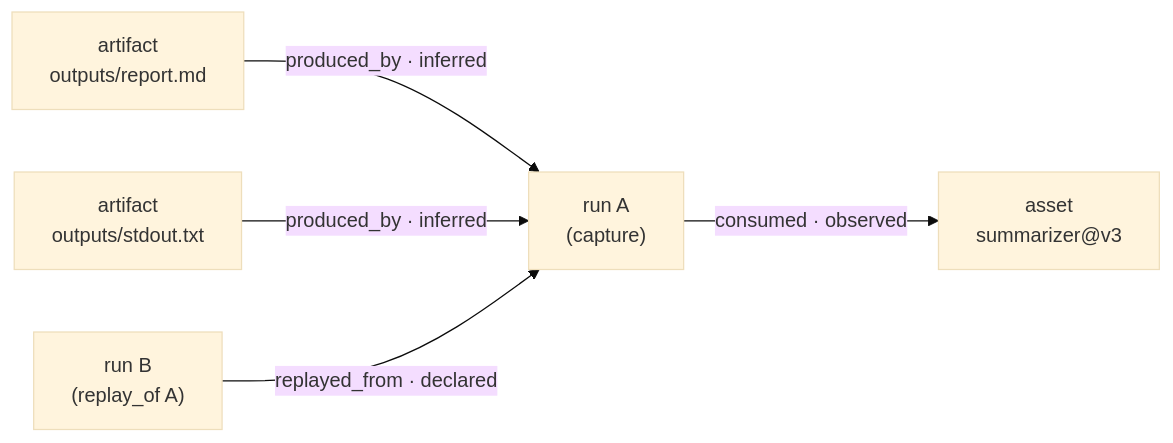
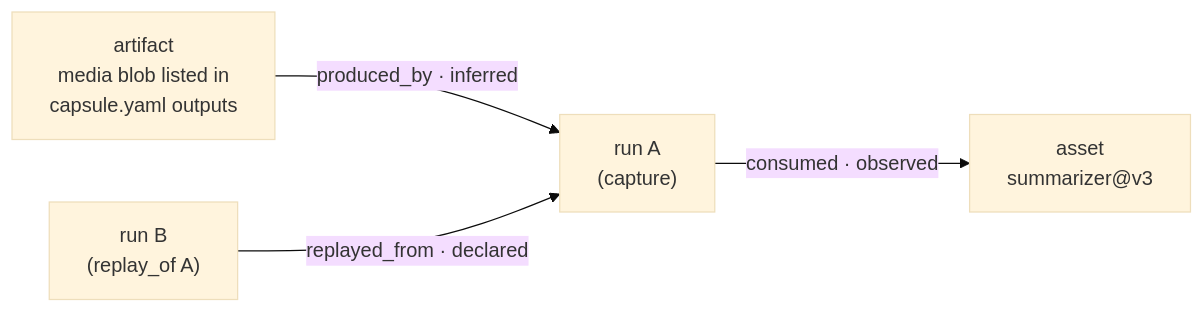
The diagram in docs/architecture/lineage-graph.md (MSKazemi/novafabric), drawn with Mermaid (base theme) before and after one commit. The commit also changed other lines of this file and 50 other files, not shown here.

````diff
--- a/docs/architecture/lineage-graph.md
+++ b/docs/architecture/lineage-graph.md
@@ -18,12 +18,10 @@
 ```mermaid
 flowchart LR
     A["asset<br/>summarizer@v3"]
     R["run A<br/>(capture)"]
     R2["run B<br/>(replay_of A)"]
-    O1["artifact<br/>outputs/report.md"]
-    O2["artifact<br/>outputs/stdout.txt"]
+    O1["artifact<br/>media blob listed in<br/>capsule.yaml outputs"]
     R -- "consumed · observed" --> A
     O1 -- "produced_by · inferred" --> R
-    O2 -- "produced_by · inferred" --> R
     R2 -- "replayed_from · declared" --> R
 ```
````
